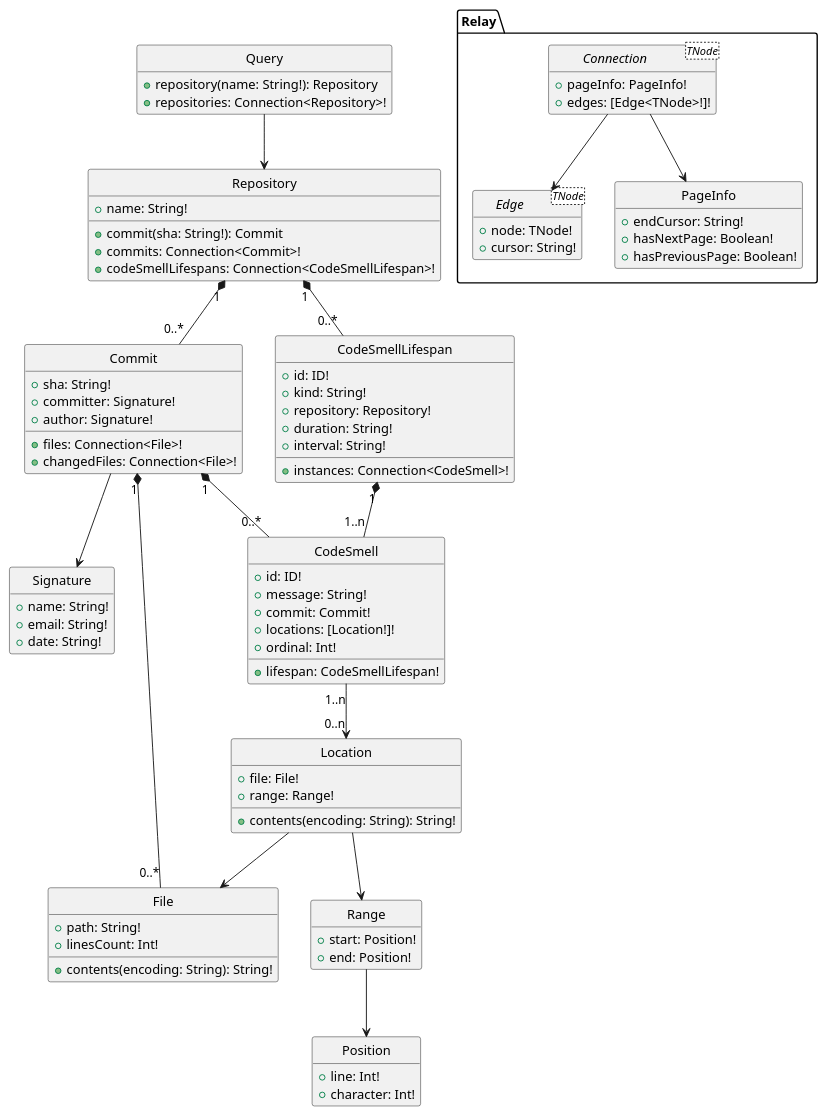
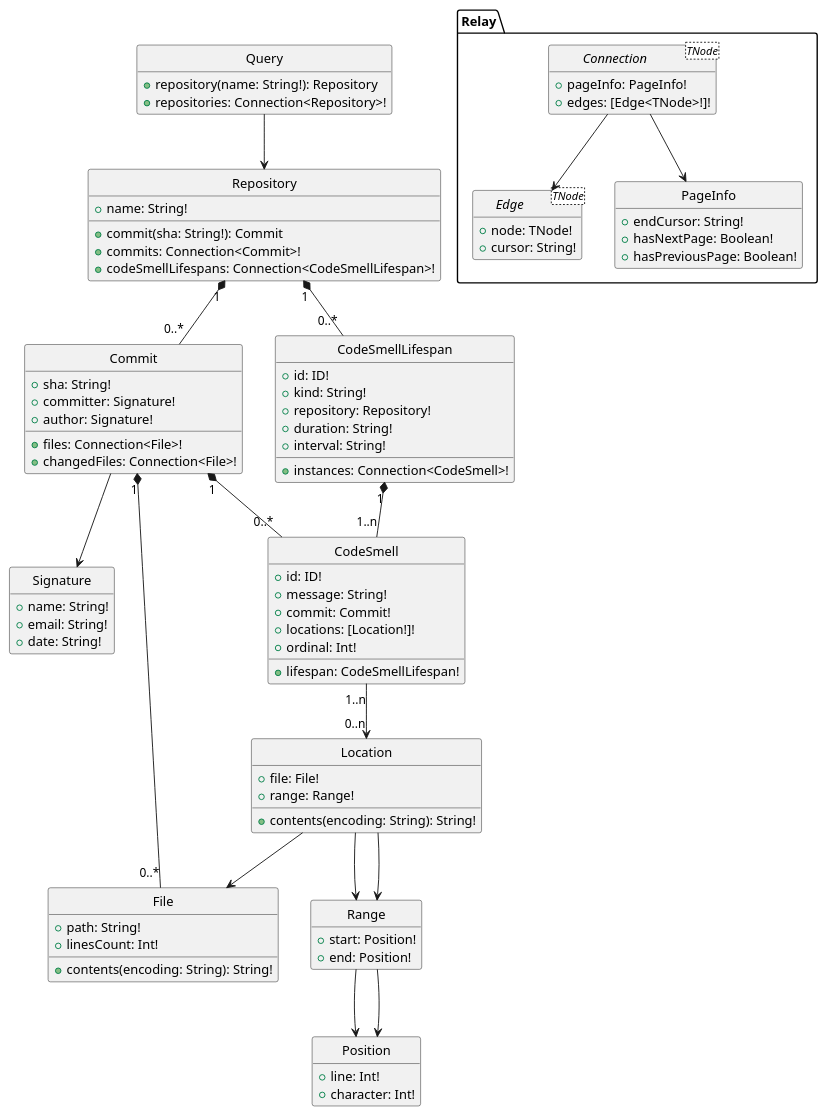
Before and after one commit to felixfbecker/olfaction: the diagram in schema/graphql.plantuml, drawn with PlantUML. The commit also changed 1 other file, not shown here.

Commit message:
Improve UML diagram

```diff
--- a/schema/graphql.plantuml
+++ b/schema/graphql.plantuml
@@ -1,97 +1,99 @@
 @startuml GraphQL
 hide circle
 hide empty members
 
 class Query {
   {method} +repository(name: String!): Repository
   {method} +repositories: Connection<Repository>!
 }
 Query --> Repository
 
 class Repository {
   +name: String!
   {method} +commit(sha: String!): Commit
   {method} +commits: Connection<Commit>!
   {method} +codeSmellLifespans: Connection<CodeSmellLifespan>!
 }
 Repository "1" *-- "0..*" Commit
 Repository "1" *-- "0..*" CodeSmellLifespan
 
 class Commit {
   +sha: String!
   +committer: Signature!
   +author: Signature!
   {method} +files: Connection<File>!
   {method} +changedFiles: Connection<File>!
 }
 Commit --> Signature
 Commit "1" *-- "0..*" CodeSmell
 Commit "1" *-- "0..*" File
 
 class Signature {
   +name: String!
   +email: String!
   +date: String!
 }
 
 class CodeSmell {
   +id: ID!
   +message: String!
   +commit: Commit!
   +locations: [Location!]!
   +ordinal: Int!
   {method} +lifespan: CodeSmellLifespan!
 }
 CodeSmell "1..n" --> "0..n" Location
 
 class Location {
   +file: File!
   +range: Range!
   +contents(encoding: String): String!
 }
 Location --> Range
+Location --> Range
 Location --> File
 class Range {
   +start: Position!
   +end: Position!
 }
+Range --> Position
 Range --> Position
 class Position {
   +line: Int!
   +character: Int!
 }
 
 class CodeSmellLifespan {
   +id: ID!
   +kind: String!
   +repository: Repository!
   +duration: String!
   +interval: String!
   {method} +instances: Connection<CodeSmell>!
 }
 CodeSmellLifespan "1" *-- "1..n" CodeSmell
 
 class File {
   +path: String!
   +linesCount: Int!
   +contents(encoding: String): String!
 }
 
 namespace Relay {
   interface Connection<TNode> {
     +pageInfo: PageInfo!
     +edges: [Edge<TNode>!]!
   }
   Connection --> Edge
   Connection --> PageInfo
   class PageInfo {
     +endCursor: String!
     +hasNextPage: Boolean!
     +hasPreviousPage: Boolean!
   }
   interface Edge<TNode> {
     +node: TNode!
     +cursor: String!
   }
 }
 @enduml
```
